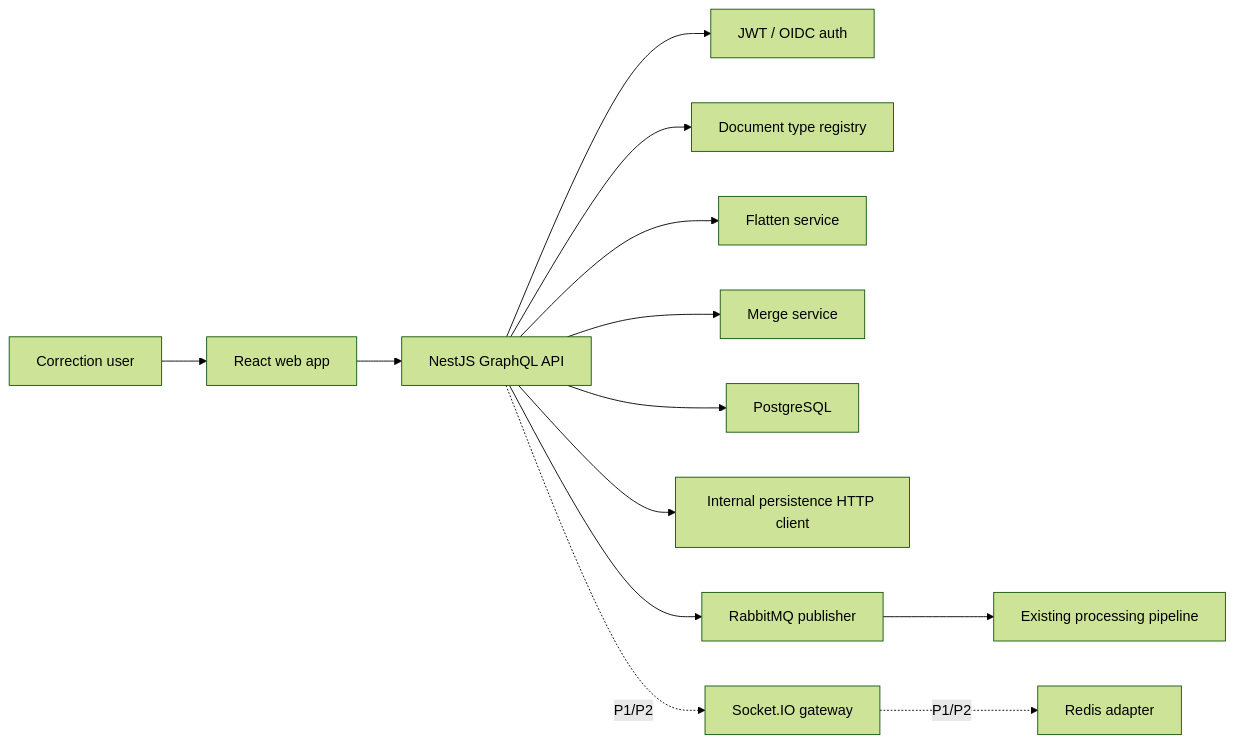
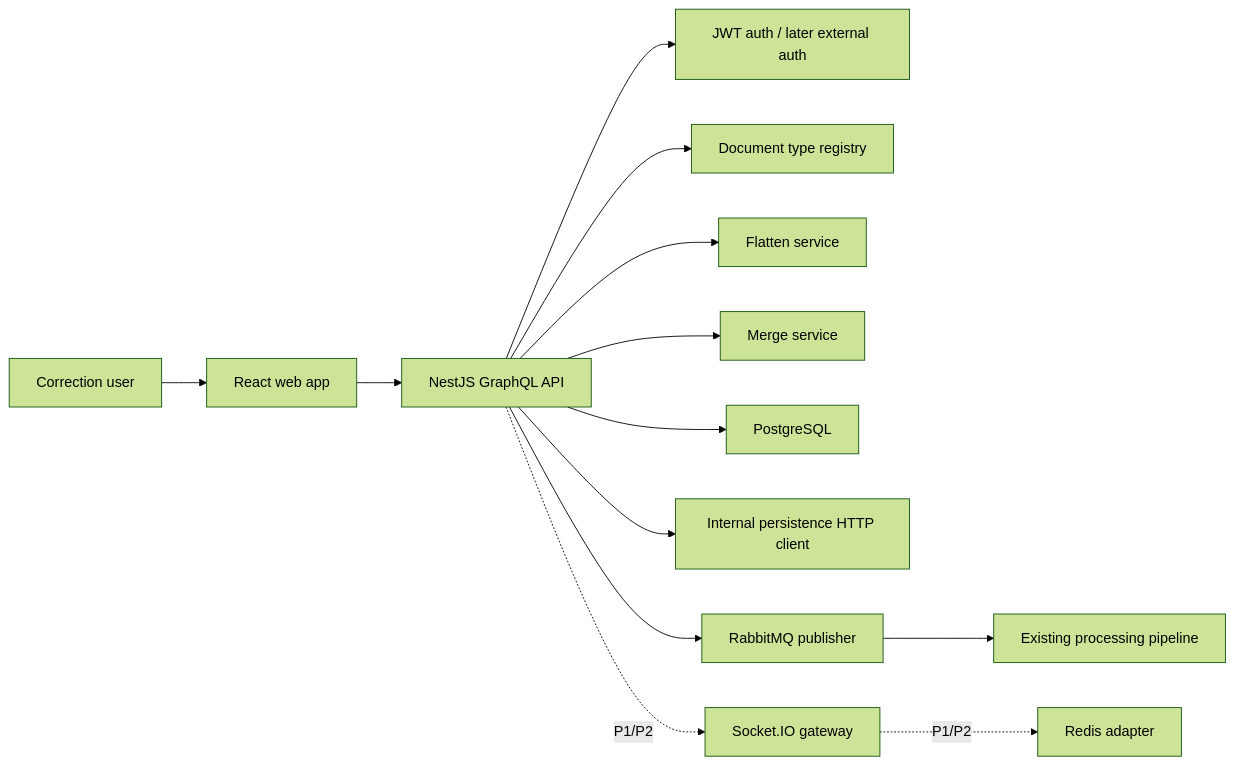
Before and after one commit to MarneusKalgar/aspectloop: the first of 5 diagrams in docs/general-plan.md, drawn with Mermaid (forest theme). The commit also changed other lines of this file and 41 other files, not shown here.

Commit message:
feature: Implement full backend orrection flow with publishing

````diff
--- a/docs/general-plan.md
+++ b/docs/general-plan.md
@@ -13,15 +13,15 @@
 ```mermaid
 flowchart LR
   User["Correction user"] --> Web["React web app"]
   Web --> GQL["NestJS GraphQL API"]
-  GQL --> Auth["JWT / OIDC auth"]
+  GQL --> Auth["JWT auth / later external auth"]
   GQL --> Registry["Document type registry"]
   GQL --> Flatten["Flatten service"]
   GQL --> Merge["Merge service"]
   GQL --> DB["PostgreSQL"]
   GQL --> Persistence["Internal persistence HTTP client"]
   GQL --> Rabbit["RabbitMQ publisher"]
   Rabbit --> Pipeline["Existing processing pipeline"]
   GQL -. "P1/P2" .-> WS["Socket.IO gateway"]
   WS -. "P1/P2" .-> Redis["Redis adapter"]
 ```
````
